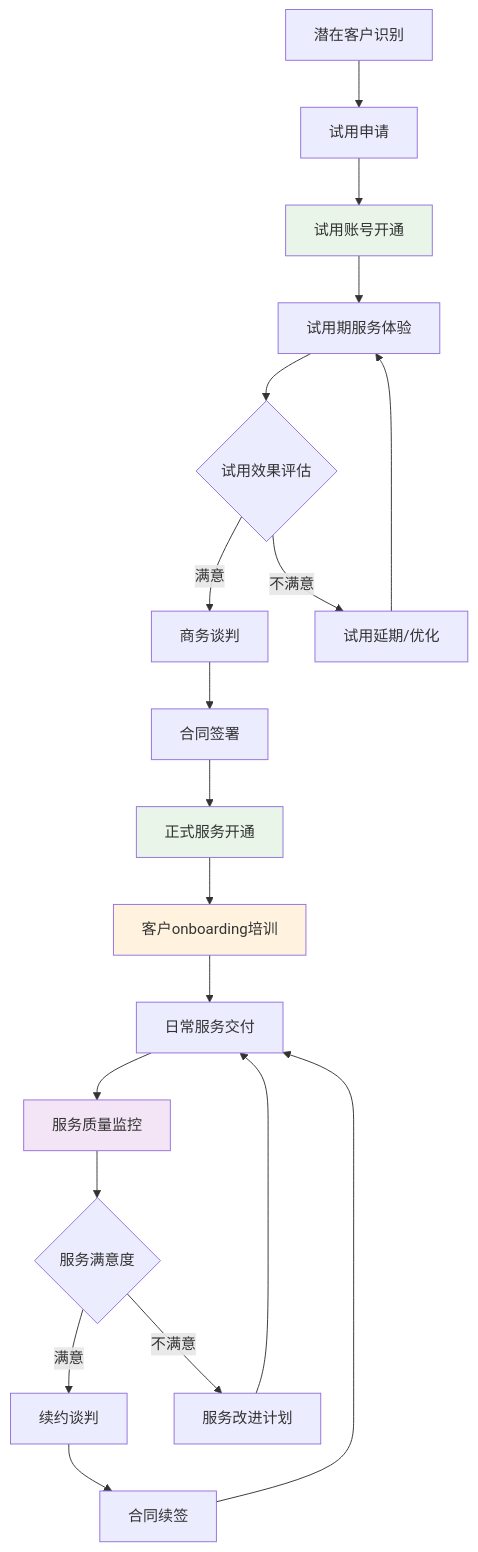
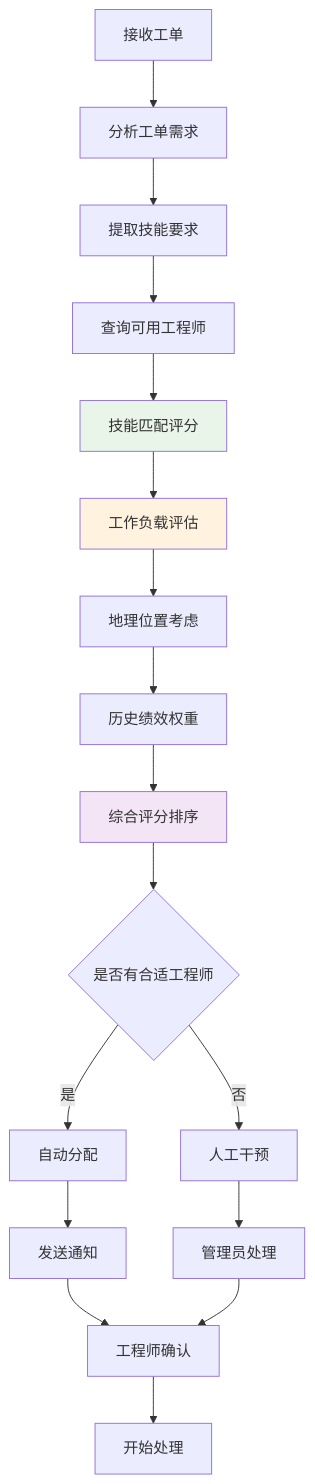
Before and after one commit to caiye1985/augment-portal: the third of 7 diagrams in docs/global-context.md, drawn with Mermaid. The commit also changed other lines of this file and 66 other files, not shown here.

````diff
--- a/docs/global-context.md
+++ b/docs/global-context.md
@@ -260,26 +534,23 @@
 ```mermaid
-graph TD
-    A[潜在客户识别] --> B[试用申请]
-    B --> C[试用账号开通]
-    C --> D[试用期服务体验]
-    D --> E{试用效果评估}
-    E -->|满意| F[商务谈判]
-    E -->|不满意| G[试用延期/优化]
-    G --> D
-    F --> H[合同签署]
-    H --> I[正式服务开通]
-    I --> J[客户onboarding培训]
-    J --> K[日常服务交付]
-    K --> L[服务质量监控]
-    L --> M{服务满意度}
-    M -->|满意| N[续约谈判]
-    M -->|不满意| O[服务改进计划]
-    O --> K
-    N --> P[合同续签]
-    P --> K
+flowchart TD
+    A[接收工单] --> B[分析工单需求]
+    B --> C[提取技能要求]
+    C --> D[查询可用工程师]
+    D --> E[技能匹配评分]
+    E --> F[工作负载评估]
+    F --> G[地理位置考虑]
+    G --> H[历史绩效权重]
+    H --> I[综合评分排序]
+    I --> J{是否有合适工程师}
+    J -->|是| K[自动分配]
+    J -->|否| L[人工干预]
+    K --> M[发送通知]
+    L --> N[管理员处理]
+    M --> O[工程师确认]
+    N --> O
+    O --> P[开始处理]
 
-    style C fill:#e8f5e8
-    style I fill:#e8f5e8
-    style J fill:#fff3e0
-    style L fill:#f3e5f5
+    style E fill:#e8f5e8
+    style F fill:#fff3e0
+    style I fill:#f3e5f5
 ```
````
